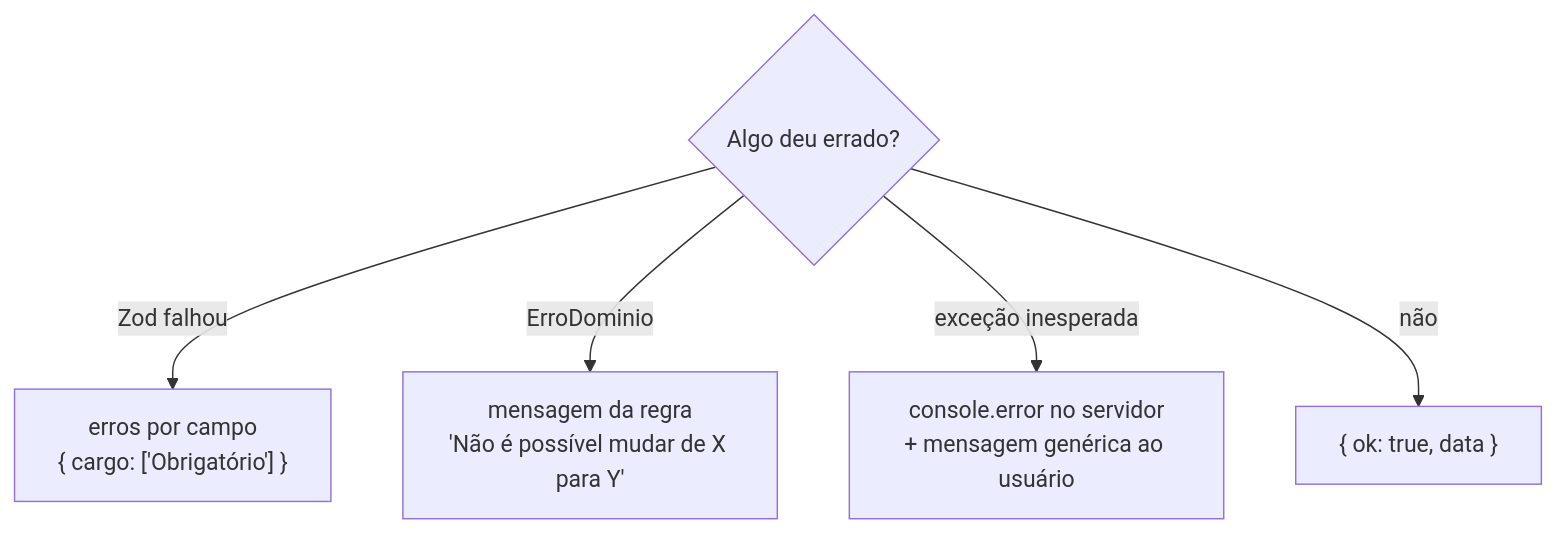
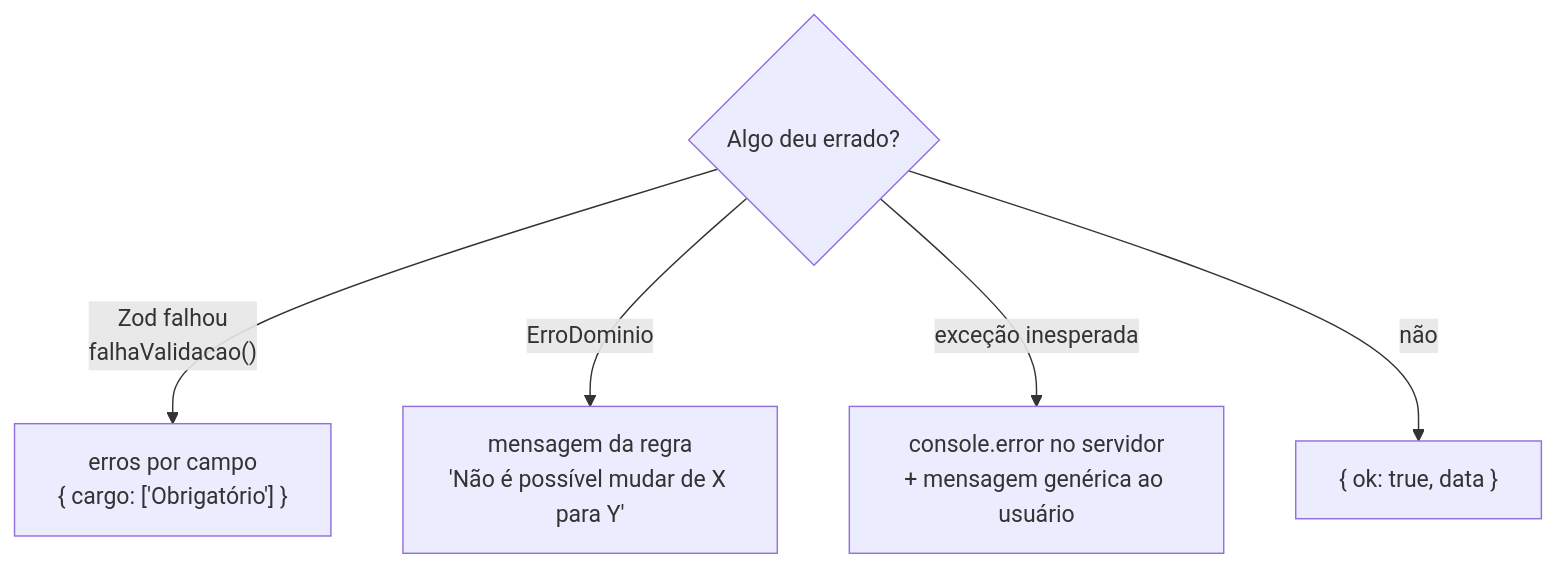
The seventh of 24 diagrams in docs/GUIA-ARQUITETURA.md (rkenjiak/concurso), drawn with Mermaid before and after one commit. The commit also changed other lines of this file and 4 other files, not shown here.

````diff
--- a/docs/GUIA-ARQUITETURA.md
+++ b/docs/GUIA-ARQUITETURA.md
@@ -269,7 +275,7 @@
 ```mermaid
 flowchart TD
-  E{"Algo deu errado?"} -->|"Zod falhou"| F1["erros por campo<br/>{ cargo: ['Obrigatório'] }"]
+  E{"Algo deu errado?"} -->|"Zod falhou<br/>falhaValidacao()"| F1["erros por campo<br/>{ cargo: ['Obrigatório'] }"]
   E -->|"ErroDominio"| F2["mensagem da regra<br/>'Não é possível mudar de X para Y'"]
   E -->|"exceção inesperada"| F3["console.error no servidor<br/>+ mensagem genérica ao usuário"]
   E -->|não| OK["{ ok: true, data }"]
 ```
````
